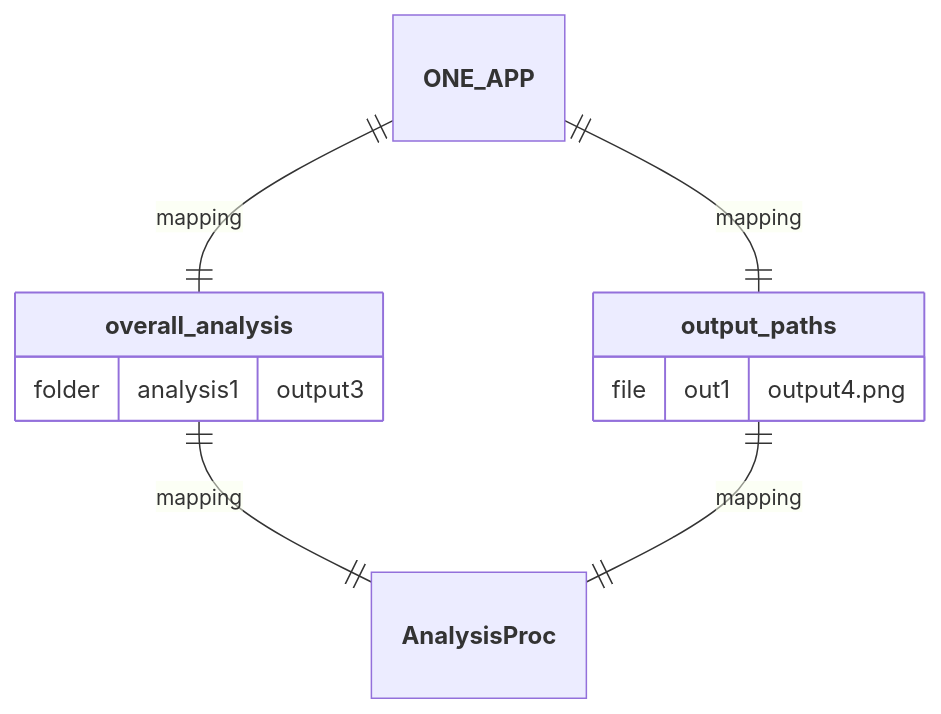
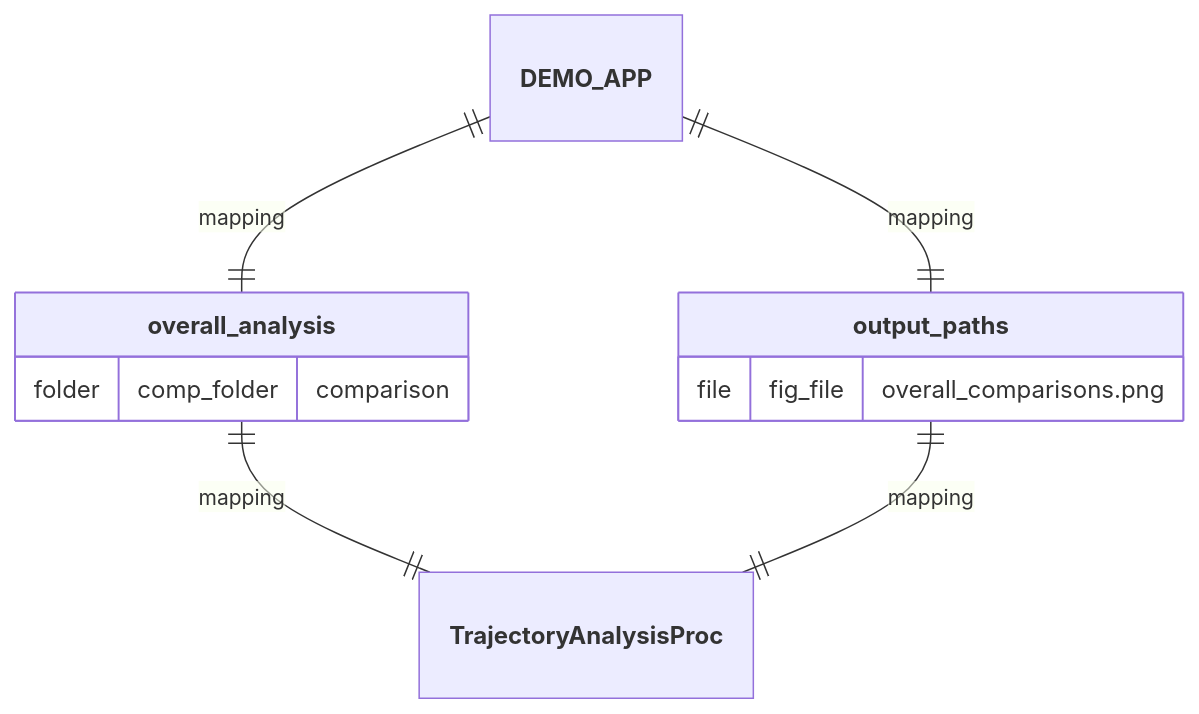
Before and after one commit to nuremics/nuremics-labs: the fourth of 8 diagrams in src/labs/apps/general/DEMO_APP/README.md, drawn with Mermaid. The commit also changed other lines of this file, not shown here.

Commit message:
update DEMO_APP README

````diff
--- a/src/labs/apps/general/DEMO_APP/README.md
+++ b/src/labs/apps/general/DEMO_APP/README.md
@@ -84,14 +102,14 @@
 ```mermaid
 erDiagram
-  **ONE_APP** ||--|| **overall_analysis** : mapping
-  **ONE_APP** ||--|| **output_paths** : mapping
-  **overall_analysis** ||--|| **AnalysisProc** : mapping
-  **output_paths** ||--|| **AnalysisProc** : mapping
+  **DEMO_APP** ||--|| **overall_analysis** : mapping
+  **DEMO_APP** ||--|| **output_paths** : mapping
+  **overall_analysis** ||--|| **TrajectoryAnalysisProc** : mapping
+  **output_paths** ||--|| **TrajectoryAnalysisProc** : mapping
 
+  **overall_analysis** {
+    folder comp_folder "comparison"
+  }
   **output_paths** {
-    file out1 "output4.png"
-  }
-  **overall_analysis** {
-    folder analysis1 "output3"
+    file fig_file "overall_comparisons.png" 
   }
 ```
````
